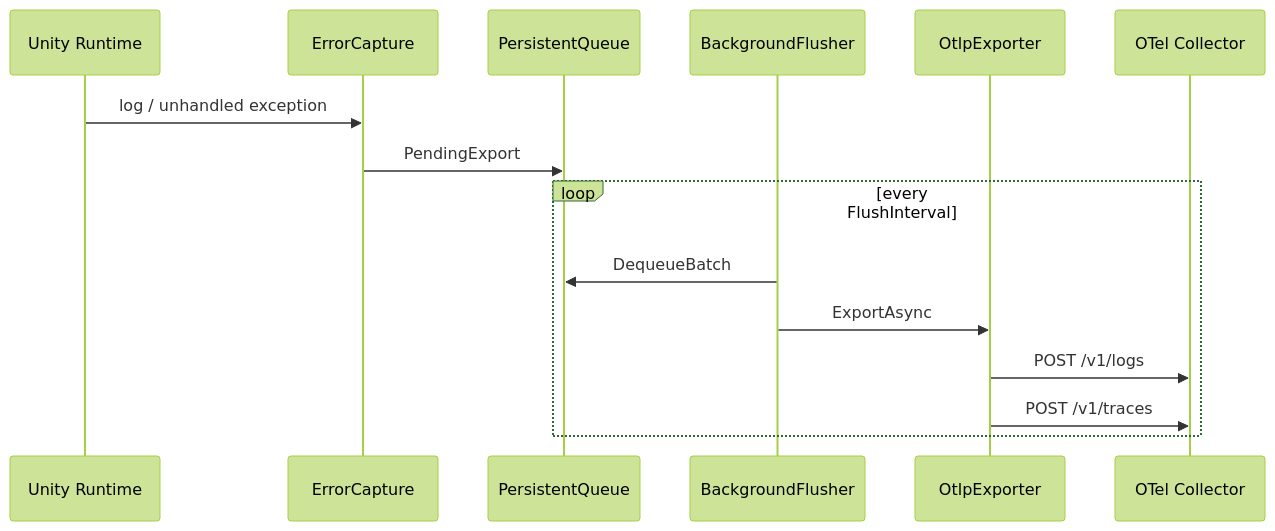
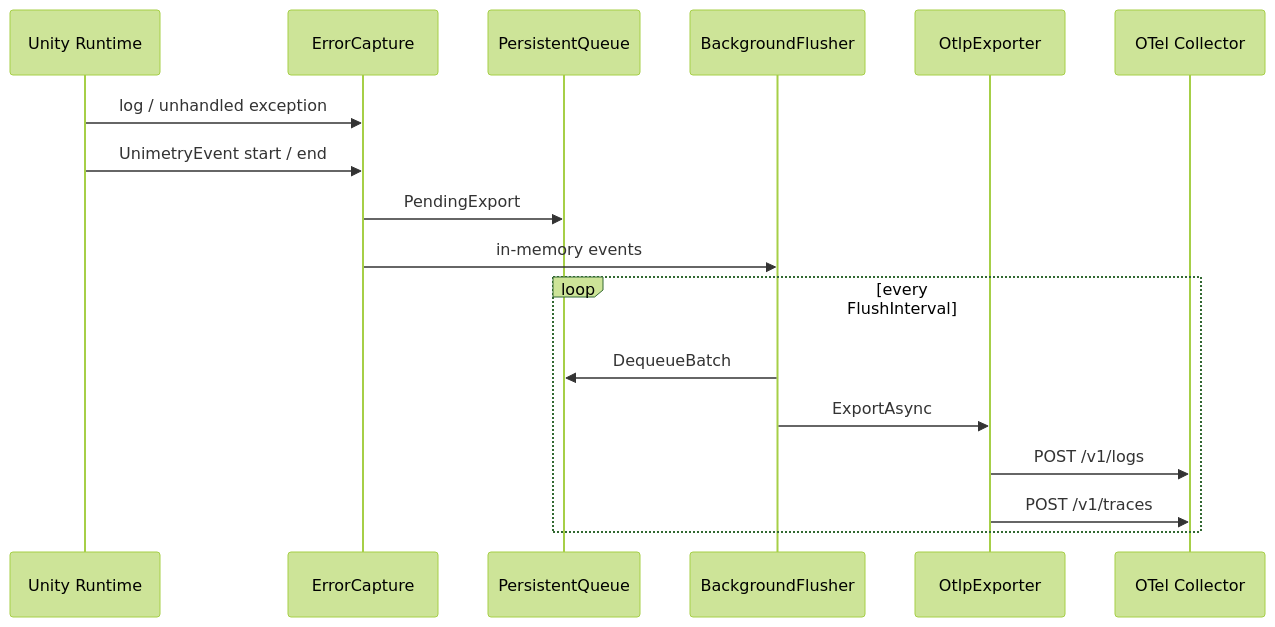
Before and after one commit to konnta0/unimetry: the diagram in docs/ARCHITECTURE.md, drawn with Mermaid (forest theme). The commit also changed other lines of this file and 68 other files, not shown here.

````diff
--- a/docs/ARCHITECTURE.md
+++ b/docs/ARCHITECTURE.md
@@ -20,18 +20,20 @@
 ```mermaid
 sequenceDiagram
     participant Unity as Unity Runtime
     participant Capture as ErrorCapture
     participant Queue as PersistentQueue
     participant Flusher as BackgroundFlusher
     participant OTLP as OtlpExporter
     participant Col as OTel Collector
 
     Unity->>Capture: log / unhandled exception
+    Unity->>Capture: UnimetryEvent start / end
     Capture->>Queue: PendingExport
+    Capture->>Flusher: in-memory events
     loop every FlushInterval
         Flusher->>Queue: DequeueBatch
         Flusher->>OTLP: ExportAsync
         OTLP->>Col: POST /v1/logs
         OTLP->>Col: POST /v1/traces
     end
 ```
````
